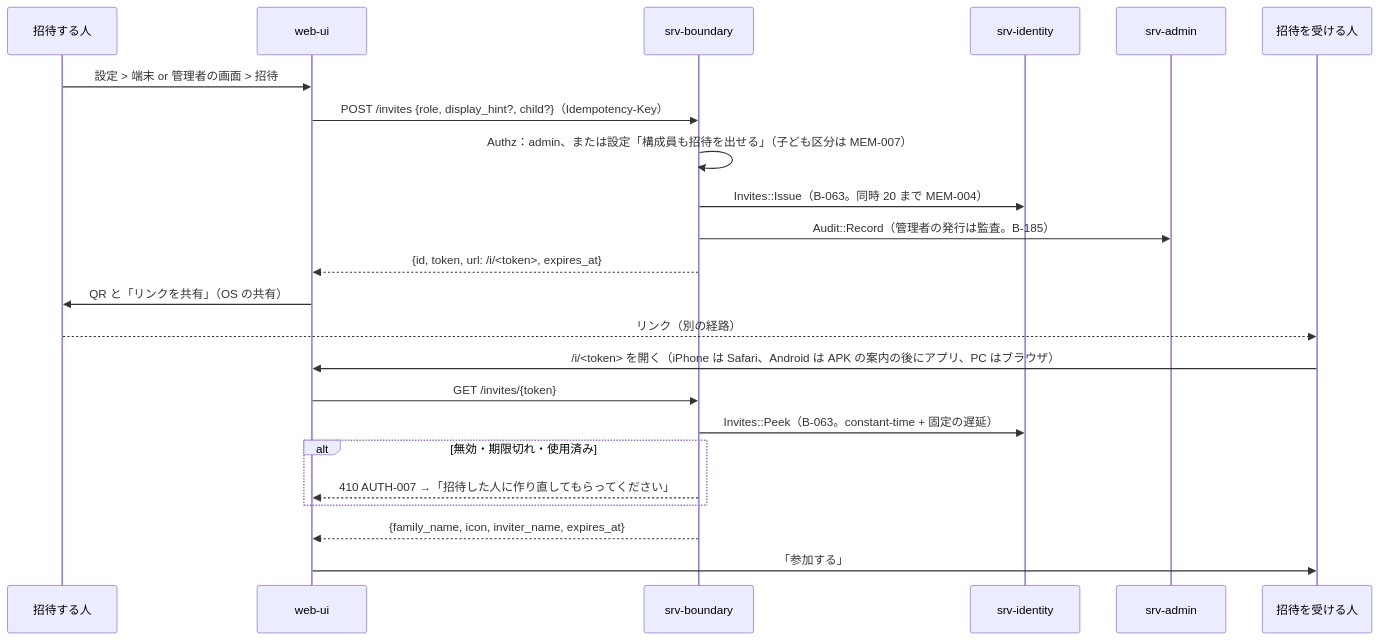
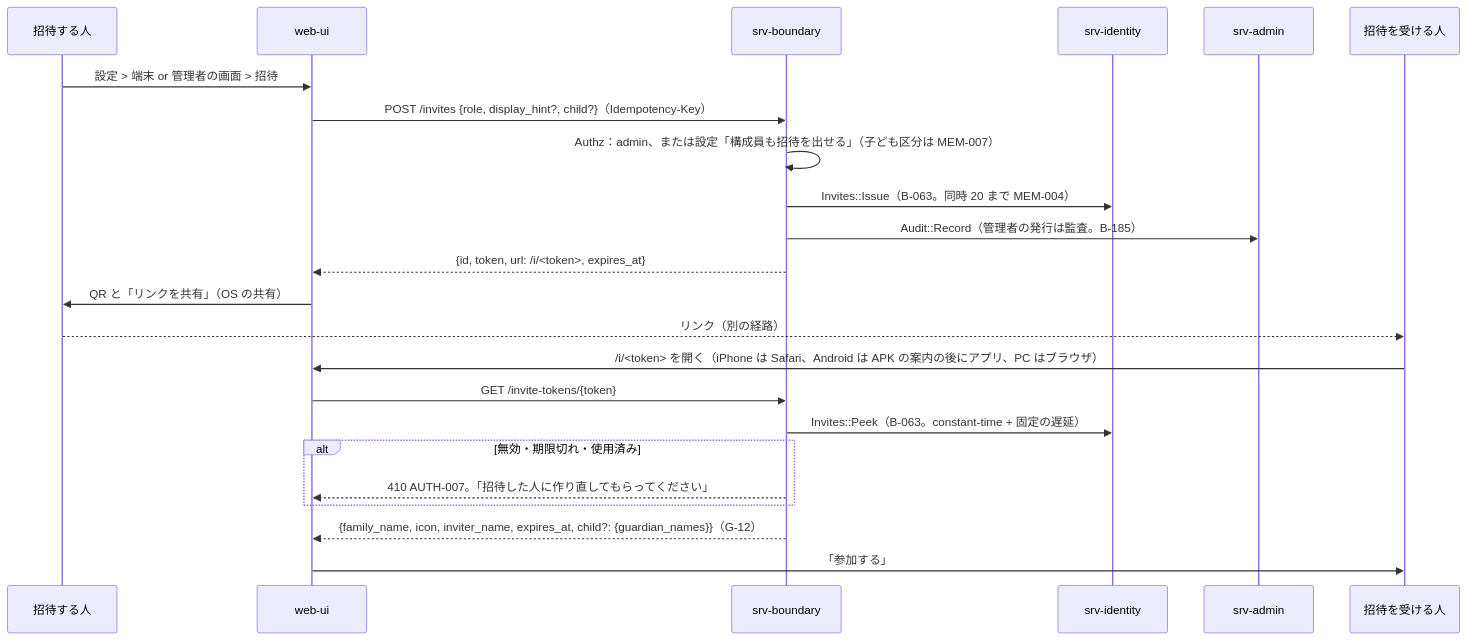
One commit to nrsd-ishikawasou/family-talk-pwa changed the first of 4 diagrams in dev/docs/jp/シーケンス/03_招待と参加.md. Above: the diagram before and after it, drawn with Mermaid. The commit also changed other lines of this file and 290 other files, not shown here.

````diff
--- a/dev/docs/jp/シーケンス/03_招待と参加.md
+++ b/dev/docs/jp/シーケンス/03_招待と参加.md
@@ -10,25 +16,25 @@
 ```mermaid
 sequenceDiagram
   participant U as 招待する人
   participant UI as web-ui
   participant BD as srv-boundary
   participant ID as srv-identity
   participant AD as srv-admin
   participant V as 招待を受ける人
   U->>UI: 設定 > 端末 or 管理者の画面 > 招待
   UI->>BD: POST /invites {role, display_hint?, child?}（Idempotency-Key）
   BD->>BD: Authz：admin、または設定「構成員も招待を出せる」（子ども区分は MEM-007）
   BD->>ID: Invites::Issue（B-063。同時 20 まで MEM-004）
   BD->>AD: Audit::Record（管理者の発行は監査。B-185）
   BD-->>UI: {id, token, url: /i/<token>, expires_at}
   UI->>U: QR と「リンクを共有」（OS の共有）
   U-->>V: リンク（別の経路）
   V->>UI: /i/<token> を開く（iPhone は Safari、Android は APK の案内の後にアプリ、PC はブラウザ）
-  UI->>BD: GET /invites/{token}
+  UI->>BD: GET /invite-tokens/{token}
   BD->>ID: Invites::Peek（B-063。constant-time + 固定の遅延）
   alt 無効・期限切れ・使用済み
-    BD-->>UI: 410 AUTH-007 →「招待した人に作り直してもらってください」
+    BD-->>UI: 410 AUTH-007。「招待した人に作り直してもらってください」
   end
-  BD-->>UI: {family_name, icon, inviter_name, expires_at}
+  BD-->>UI: {family_name, icon, inviter_name, expires_at, child?: {guardian_names}}（G-12）
   UI->>V: 「参加する」
 ```
````
